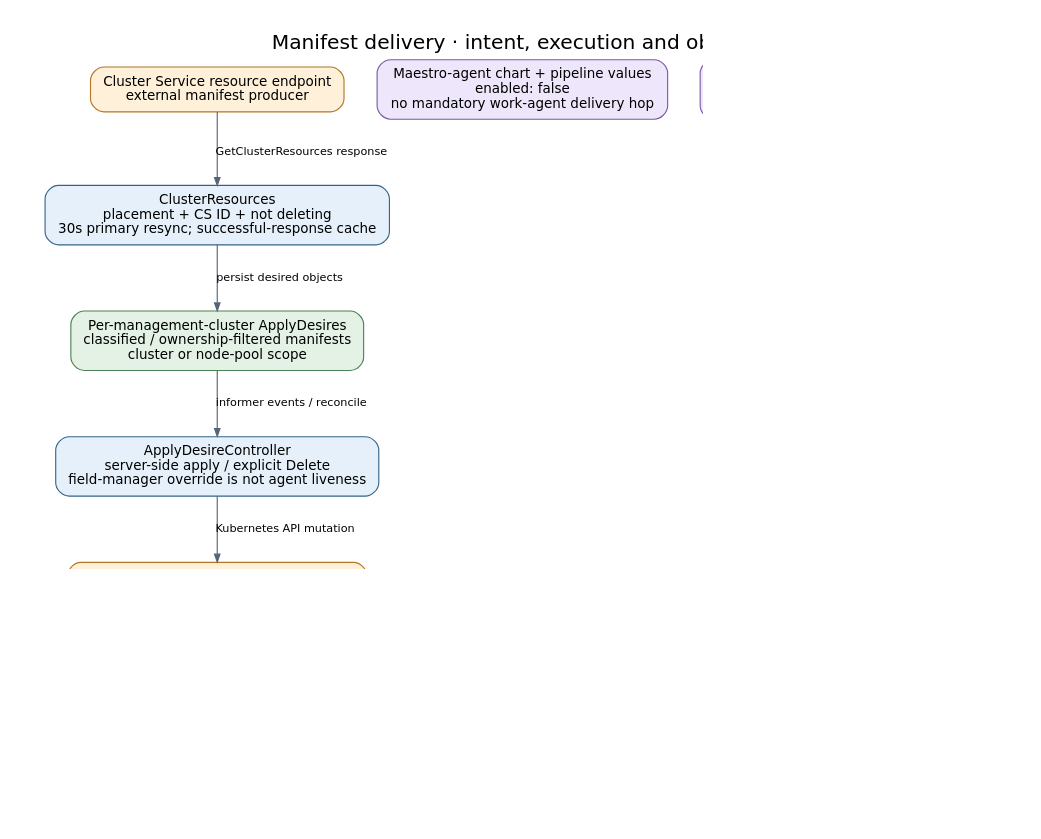
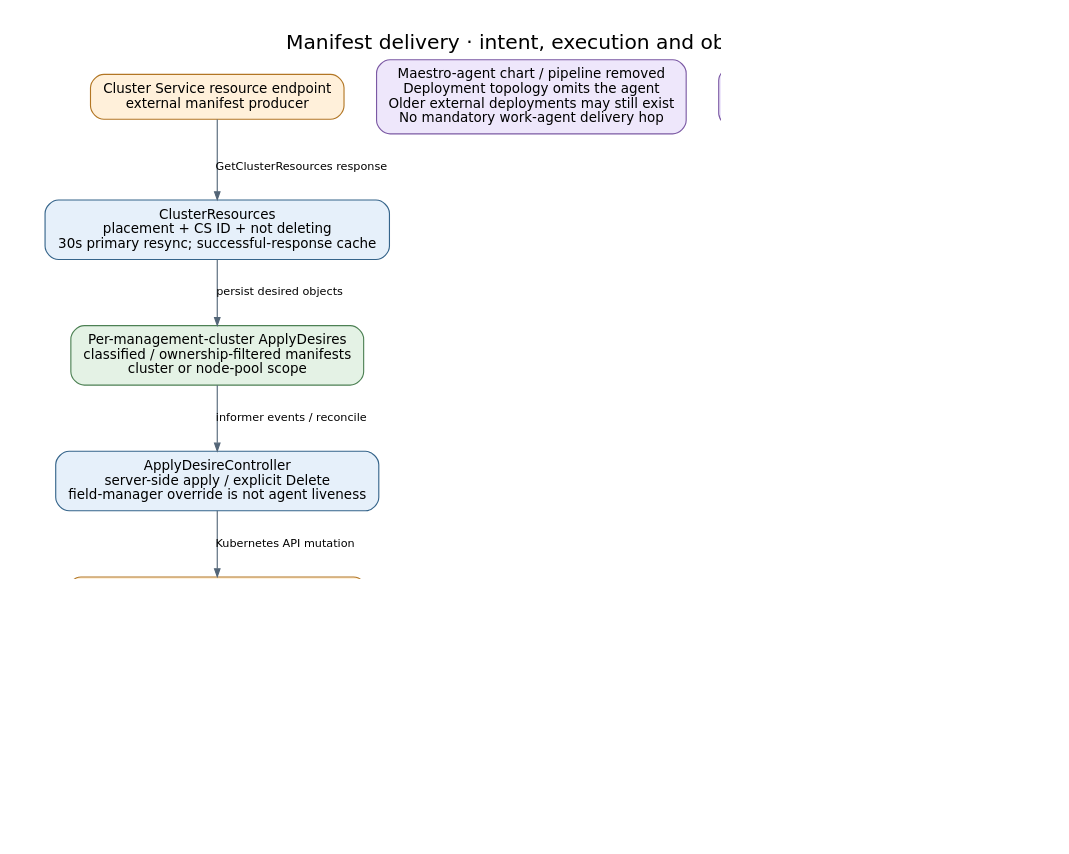
One commit to Azure/ARO-HCP changed the diagram in docs/generated/diagrams/controller-flows/manifest-delivery.dot. Above: the diagram before and after it, drawn with Graphviz. The commit also changed 42 other files, not shown here.

```diff
--- a/docs/generated/diagrams/controller-flows/manifest-delivery.dot
+++ b/docs/generated/diagrams/controller-flows/manifest-delivery.dot
@@ -1,22 +1,22 @@
 digraph manifest_delivery {
   graph [rankdir=TB, bgcolor="white", pad=0.3, nodesep=0.4, ranksep=0.65, fontname="DejaVu Sans", fontsize=18, labelloc=t, label="Manifest delivery · intent, execution and observation", dpi=110];
   node [shape=box, style="rounded,filled", fillcolor="#e6f0fa", color="#35648a", fontname="DejaVu Sans", fontsize=12, margin="0.16,0.10"];
   edge [color="#536577", fontname="DejaVu Sans", fontsize=10, arrowsize=0.7];
   cs [label="Cluster Service resource endpoint\nexternal manifest producer", fillcolor="#fff0da", color="#b27624"];
   fetch [label="ClusterResources\nplacement + CS ID + not deleting\n30s primary resync; successful-response cache"];
   intent [label="Per-management-cluster ApplyDesires\nclassified / ownership-filtered manifests\ncluster or node-pool scope", fillcolor="#e4f2e5", color="#4c8053"];
   apply [label="ApplyDesireController\nserver-side apply / explicit Delete\nfield-manager override is not agent liveness"];
   objects [label="Management-cluster Kubernetes objects\nHyperShift / Kubernetes reconciliation\nexternal completion is asynchronous", fillcolor="#fff0da", color="#b27624"];
   read [label="ReadDesireKubernetesController\nrequested resource observation"];
   backend [label="ActualHostedCluster / version / operation controllers\nindependent observed-state and completion gates"];
-  config [label="Maestro-agent chart + pipeline values\nenabled: false\nno mandatory work-agent delivery hop", fillcolor="#eee7fb", color="#7b59a4"];
-  legacy [label="Retained contracts, not delivery evidence\nMaestroRegistered still gates Fleet Ready\nMaestroReadonlyBundles still gate child cleanup", fillcolor="#eee7fb", color="#7b59a4"];
+  config [label="Maestro-agent chart / pipeline removed\nDeployment topology omits the agent\nOlder external deployments may still exist\nNo mandatory work-agent delivery hop", fillcolor="#eee7fb", color="#7b59a4"];
+  legacy [label="Retired registration / bundle cleanup gates\nFleet removes MaestroRegistered from Ready\nNo provider bundle fields or bundle cleanup waits", fillcolor="#eee7fb", color="#7b59a4"];
   cs -> fetch [label="GetClusterResources response"];
   fetch -> intent [label="persist desired objects"];
   intent -> apply [label="informer events / reconcile"];
   apply -> objects [label="Kubernetes API mutation"];
   objects -> read [label="watch / read", style=dashed, color="#857456"];
   read -> backend [label="ReadDesire status", style=dashed, color="#857456"];
   objects -> objects [label="reconcile / finalizer work", style=dashed, color="#857456"];
   { rank=same; config; legacy; }
 }
```
